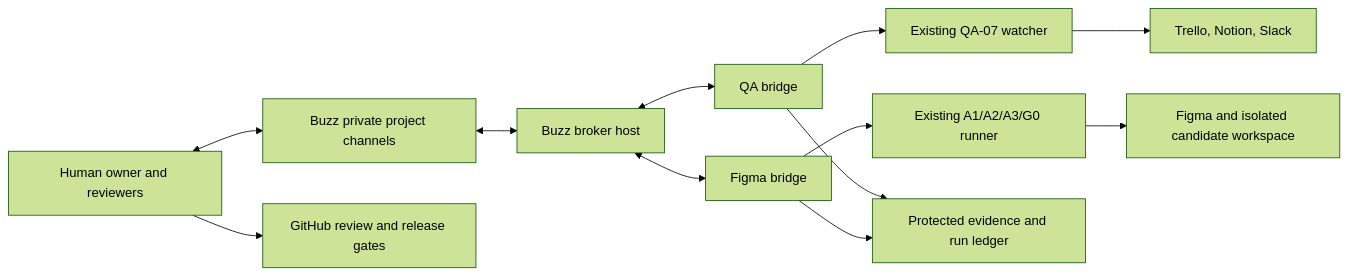
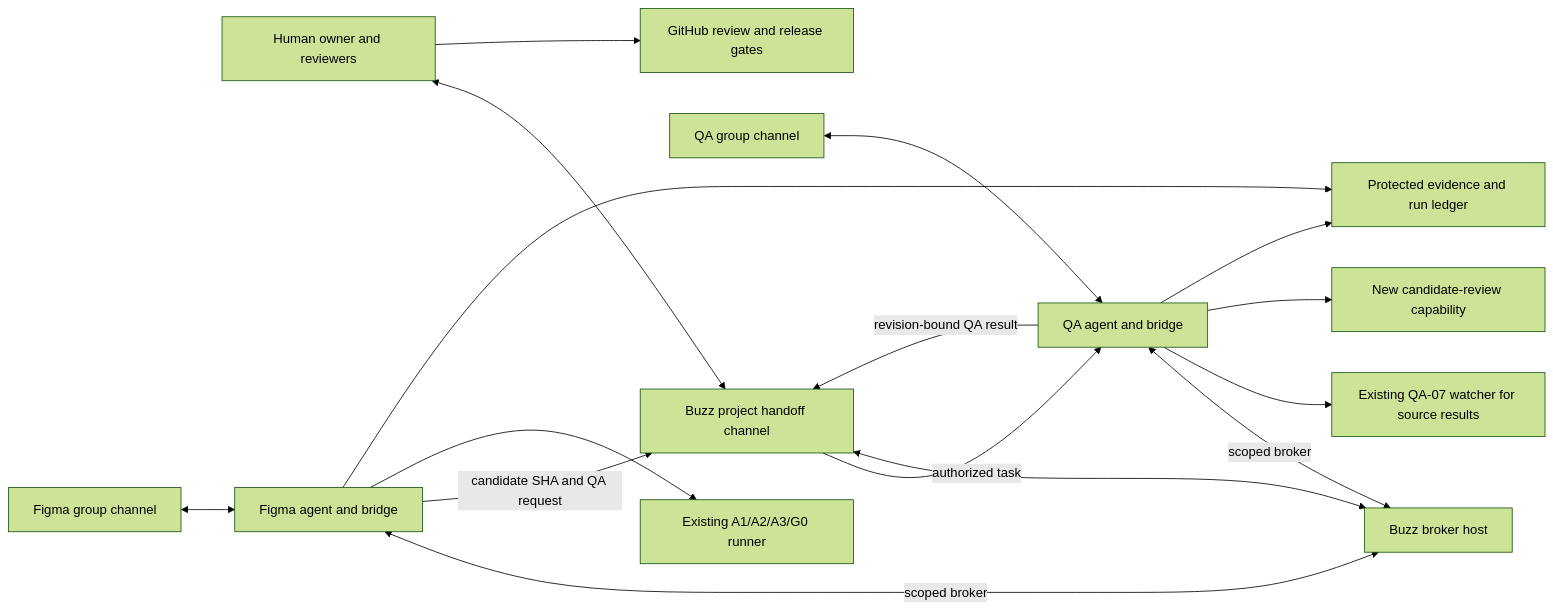
The diagram in docs/rooh/ARCHITECTURE.md (Roohco/buzz), drawn with Mermaid (forest theme) before and after one commit. The commit also changed other lines of this file and 7 other files, not shown here.

Commit message:
docs(rooh): sequence cross-group agent pipeline roadmap

````diff
--- a/docs/rooh/ARCHITECTURE.md
+++ b/docs/rooh/ARCHITECTURE.md
@@ -11,14 +11,18 @@
 ```mermaid
 flowchart LR
-    H[Human owner and reviewers] <--> R[Buzz private project channels]
-    R <--> B[Buzz broker host]
-    B <--> Q[QA bridge]
-    B <--> F[Figma bridge]
-    Q --> W[Existing QA-07 watcher]
-    W --> T[Trello, Notion, Slack]
-    F --> G[Existing A1/A2/A3/G0 runner]
-    G --> D[Figma and isolated candidate workspace]
-    Q --> E[Protected evidence and run ledger]
-    F --> E
+    H[Human owner and reviewers] <--> HC[Buzz project handoff channel]
+    FG[Figma group channel] <--> FA[Figma agent and bridge]
+    QG[QA group channel] <--> QA[QA agent and bridge]
+    FA <-->|scoped broker| B[Buzz broker host]
+    QA <-->|scoped broker| B
+    B <--> HC
+    FA -->|candidate SHA and QA request| HC
+    HC -->|authorized task| QA
+    QA -->|revision-bound QA result| HC
+    FA --> F[Existing A1/A2/A3/G0 runner]
+    QA --> W[Existing QA-07 watcher for source results]
+    QA --> C[New candidate-review capability]
+    FA --> E[Protected evidence and run ledger]
+    QA --> E
     H --> X[GitHub review and release gates]
 ```
````
